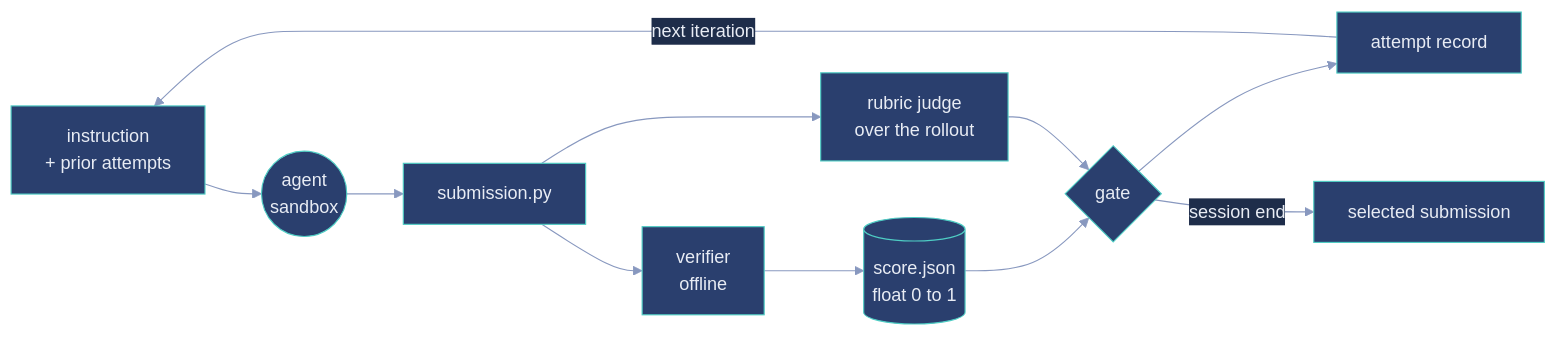
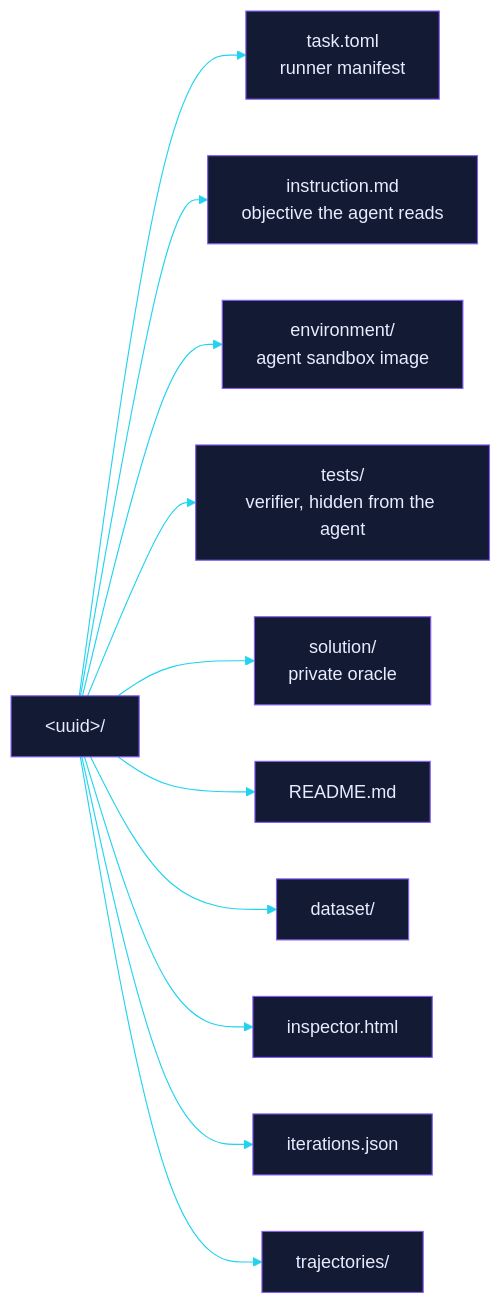
The first of 2 diagrams in README.md (EtharaOrion/kara-samples), drawn with Mermaid before and after one commit. The commit also changed other lines of this file and 1 other file, not shown here.

````diff
--- a/README.md
+++ b/README.md
@@ -76,14 +118,15 @@
 ```mermaid
-%%{init: {'theme':'base','themeVariables':{'primaryColor':'#2a3f6e','primaryTextColor':'#e8ecf4','primaryBorderColor':'#4ecdc4','lineColor':'#8898bf','secondaryColor':'#1e2d4a','tertiaryColor':'#162038'}}}%%
+%%{init: {"theme":"base","themeVariables":{"primaryColor":"#131a33","primaryTextColor":"#e8ecff","primaryBorderColor":"#845EF7","lineColor":"#22d3ee","fontFamily":"monospace"}}}%%
 flowchart LR
-    I["instruction<br/>+ prior attempts"] --> A(("agent<br/>sandbox"))
-    A --> S["submission.py"]
-    S --> V["verifier<br/>offline"]
-    V --> R[("score.json<br/>float 0 to 1")]
-    S --> J["rubric judge<br/>over the rollout"]
-    R --> G{"gate"}
-    J --> G
-    G --> H["attempt record"]
-    H -->|"next iteration"| I
-    G -->|"session end"| B["selected submission"]
+    bundle["&lt;uuid&gt;/"]
+    bundle --> n0["task.toml<br/>runner manifest"]
+    bundle --> n1["instruction.md<br/>objective the agent reads"]
+    bundle --> n2["environment/<br/>agent sandbox image"]
+    bundle --> n3["tests/<br/>verifier, hidden from the agent"]
+    bundle --> n4["solution/<br/>private oracle"]
+    bundle --> n5["README.md"]
+    bundle --> n6["dataset/"]
+    bundle --> n7["inspector.html"]
+    bundle --> n8["iterations.json"]
+    bundle --> n9["trajectories/"]
 ```
````
